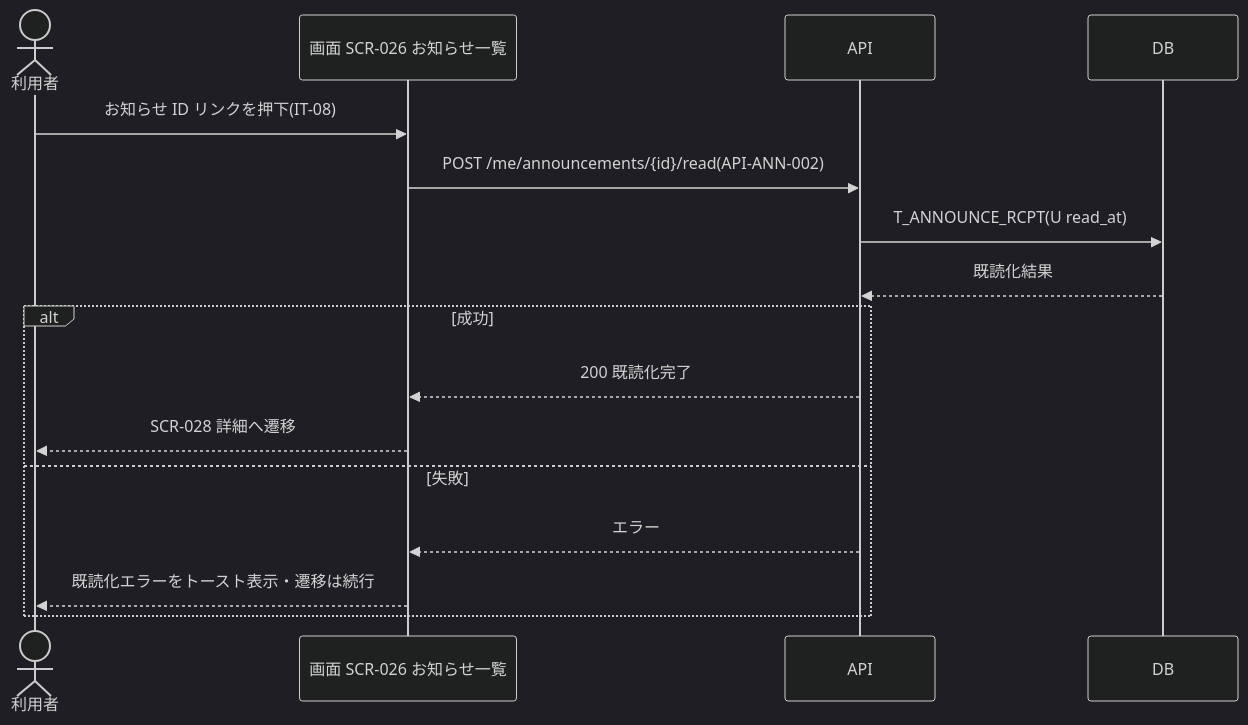
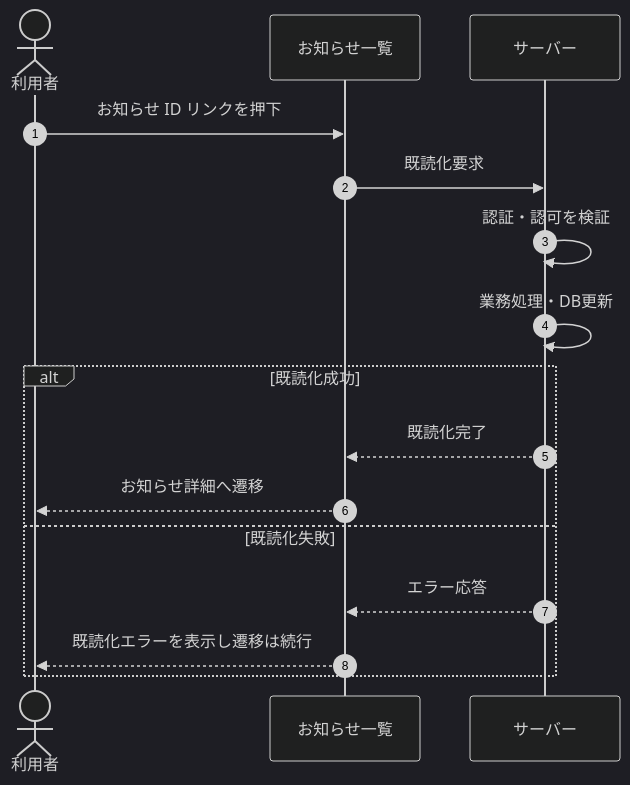
Before and after one commit to sikakou54/open-faq: the diagram in 02_basic_design/05_sequences/SEQ-058.md, drawn with Mermaid (dark theme). The commit also changed other lines of this file and 108 other files, not shown here.

First line of the commit message:
基本設計: シーケンス図を基本設計粒度(ユーザー/画面/サーバー)へ再編成

````diff
--- a/02_basic_design/05_sequences/SEQ-058.md
+++ b/02_basic_design/05_sequences/SEQ-058.md
@@ -25,18 +32,18 @@
 ```mermaid
 sequenceDiagram
+  autonumber
   actor U as 利用者
-  participant S as 画面 SCR-026 お知らせ一覧
-  participant API as API
-  participant DB as DB
-  U->>S: お知らせ ID リンクを押下(IT-08)
-  S->>API: POST /me/announcements/{id}/read(API-ANN-002)
-  API->>DB: T_ANNOUNCE_RCPT(U read_at)
-  DB-->>API: 既読化結果
-  alt 成功
-    API-->>S: 200 既読化完了
-    S-->>U: SCR-028 詳細へ遷移
-  else 失敗
-    API-->>S: エラー
-    S-->>U: 既読化エラーをトースト表示・遷移は続行
+  participant Screen as お知らせ一覧
+  participant Server as サーバー
+  U->>Screen: お知らせ ID リンクを押下
+  Screen->>Server: 既読化要求
+  Server->>Server: 認証・認可を検証
+  Server->>Server: 業務処理・DB更新
+  alt 既読化成功
+    Server-->>Screen: 既読化完了
+    Screen-->>U: お知らせ詳細へ遷移
+  else 既読化失敗
+    Server-->>Screen: エラー応答
+    Screen-->>U: 既読化エラーを表示し遷移は続行
   end
 ```
````
